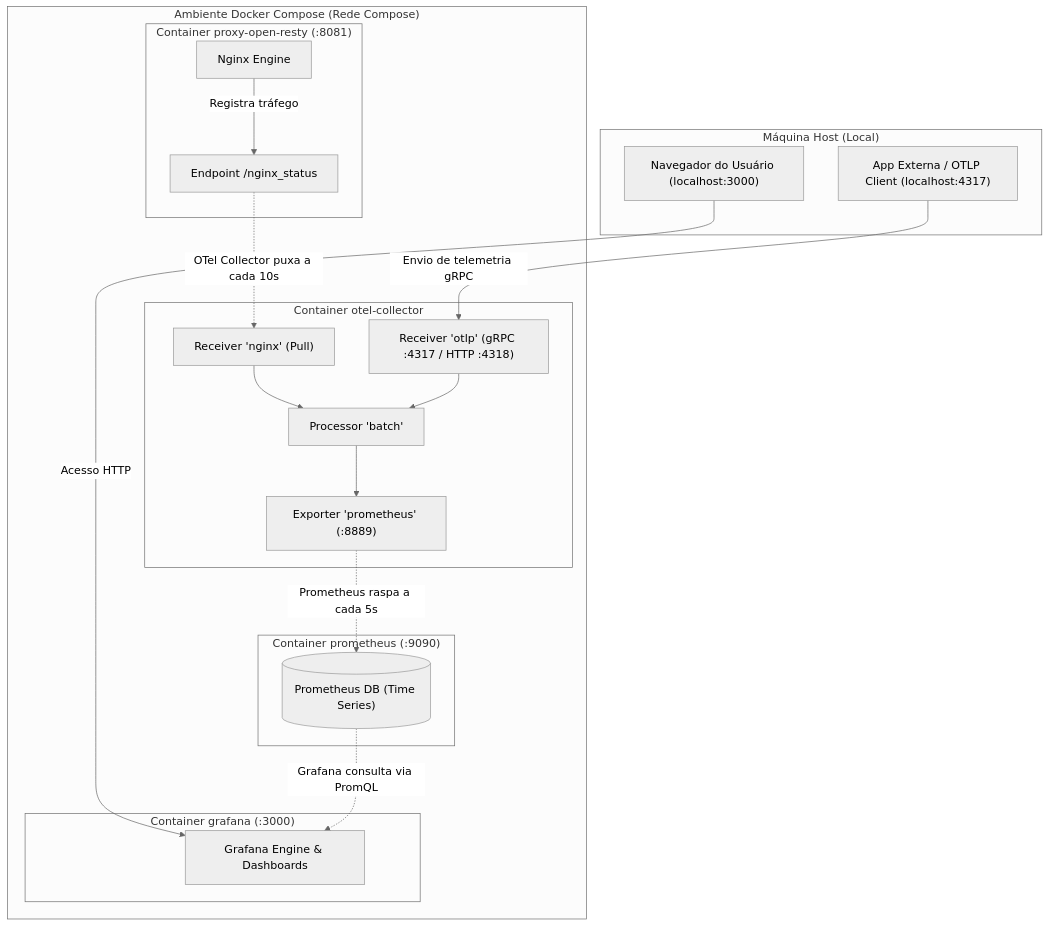
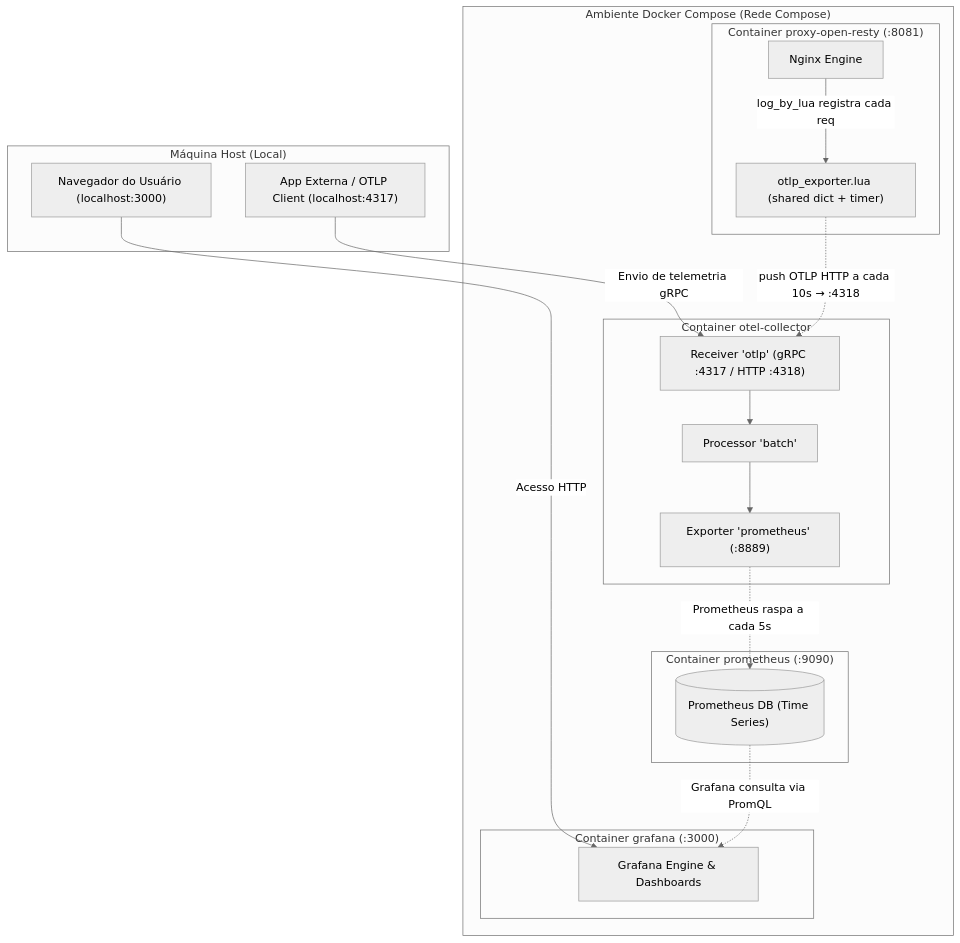
The first of 2 diagrams in deep-learning/proxy/nginx-test/TELEMETRY.md (vini0410/basic-learning), drawn with Mermaid (neutral theme) before and after one commit. The commit also changed other lines of this file and 8 other files, not shown here.

````diff
--- a/deep-learning/proxy/nginx-test/TELEMETRY.md
+++ b/deep-learning/proxy/nginx-test/TELEMETRY.md
@@ -222,43 +236,41 @@
 ```mermaid
 flowchart TD
     subgraph Host ["Máquina Host (Local)"]
         Browser["Navegador do Usuário (localhost:3000)"]
         AppHost["App Externa / OTLP Client (localhost:4317)"]
     end
 
     subgraph DockerCompose ["Ambiente Docker Compose (Rede Compose)"]
         subgraph ProxyContainer ["Container proxy-open-resty (:8081)"]
             Nginx["Nginx Engine"]
-            Status["Endpoint /nginx_status"]
-            Nginx -->|Registra tráfego| Status
+            Lua["otlp_exporter.lua (shared dict + timer)"]
+            Nginx -->|log_by_lua registra cada req| Lua
         end
 
         subgraph OTelContainer ["Container otel-collector"]
-            OTelRecvNginx["Receiver 'nginx' (Pull)"]
             OTelRecvOTLP["Receiver 'otlp' (gRPC :4317 / HTTP :4318)"]
             OTelProc["Processor 'batch'"]
             OTelExpProm["Exporter 'prometheus' (:8889)"]
 
-            OTelRecvNginx --> OTelProc
             OTelRecvOTLP --> OTelProc
             OTelProc --> OTelExpProm
         end
 
         subgraph PromContainer ["Container prometheus (:9090)"]
             PromDB[("Prometheus DB (Time Series)")]
         end
 
         subgraph GrafanaContainer ["Container grafana (:3000)"]
             GrafanaUI["Grafana Engine & Dashboards"]
         end
     end
 
     %% Conexões do Host
     Browser -->|Acesso HTTP| GrafanaUI
     AppHost -->|Envio de telemetria gRPC| OTelRecvOTLP
 
     %% Conexões Internas de Telemetria
-    Status -.->|OTel Collector puxa a cada 10s| OTelRecvNginx
+    Lua -.->|push OTLP HTTP a cada 10s → :4318| OTelRecvOTLP
     OTelExpProm -.->|Prometheus raspa a cada 5s| PromDB
     PromDB -.->|Grafana consulta via PromQL| GrafanaUI
 ```
````
